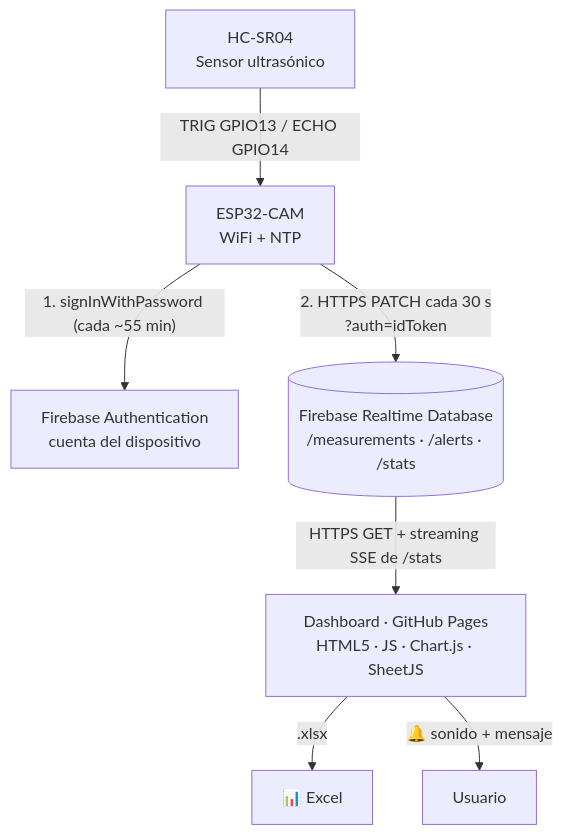
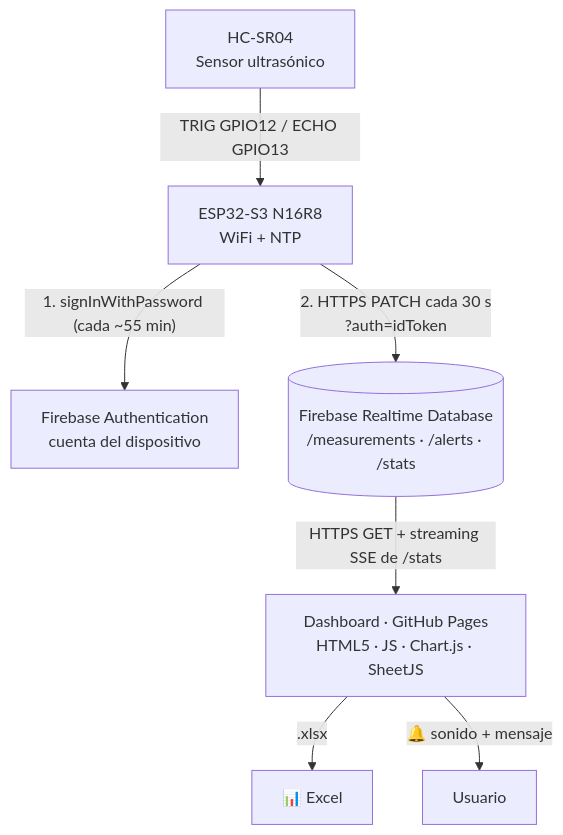
The first of 5 diagrams in README.md (jose-i-rm/esp32-distance-monitoring-system), drawn with Mermaid before and after one commit. The commit also changed other lines of this file and 14 other files, not shown here.

````diff
--- a/README.md
+++ b/README.md
@@ -70,9 +72,9 @@
 ```mermaid
 flowchart TD
-    HC["HC-SR04<br/>Sensor ultrasónico"] -->|TRIG GPIO13 / ECHO GPIO14| ESP["ESP32-CAM<br/>WiFi + NTP"]
+    HC["HC-SR04<br/>Sensor ultrasónico"] -->|TRIG GPIO12 / ECHO GPIO13| ESP["ESP32-S3 N16R8<br/>WiFi + NTP"]
     ESP -->|"1. signInWithPassword (cada ~55 min)"| AUTH["Firebase Authentication<br/>cuenta del dispositivo"]
     ESP -->|"2. HTTPS PATCH cada 30 s<br/>?auth=idToken"| DB[("Firebase Realtime Database<br/>/measurements · /alerts · /stats")]
     DB -->|"HTTPS GET + streaming SSE de /stats"| UI["Dashboard · GitHub Pages<br/>HTML5 · JS · Chart.js · SheetJS"]
     UI -->|.xlsx| XLS["📊 Excel"]
     UI -->|"🔔 sonido + mensaje"| USR["Usuario"]
 ```
````
